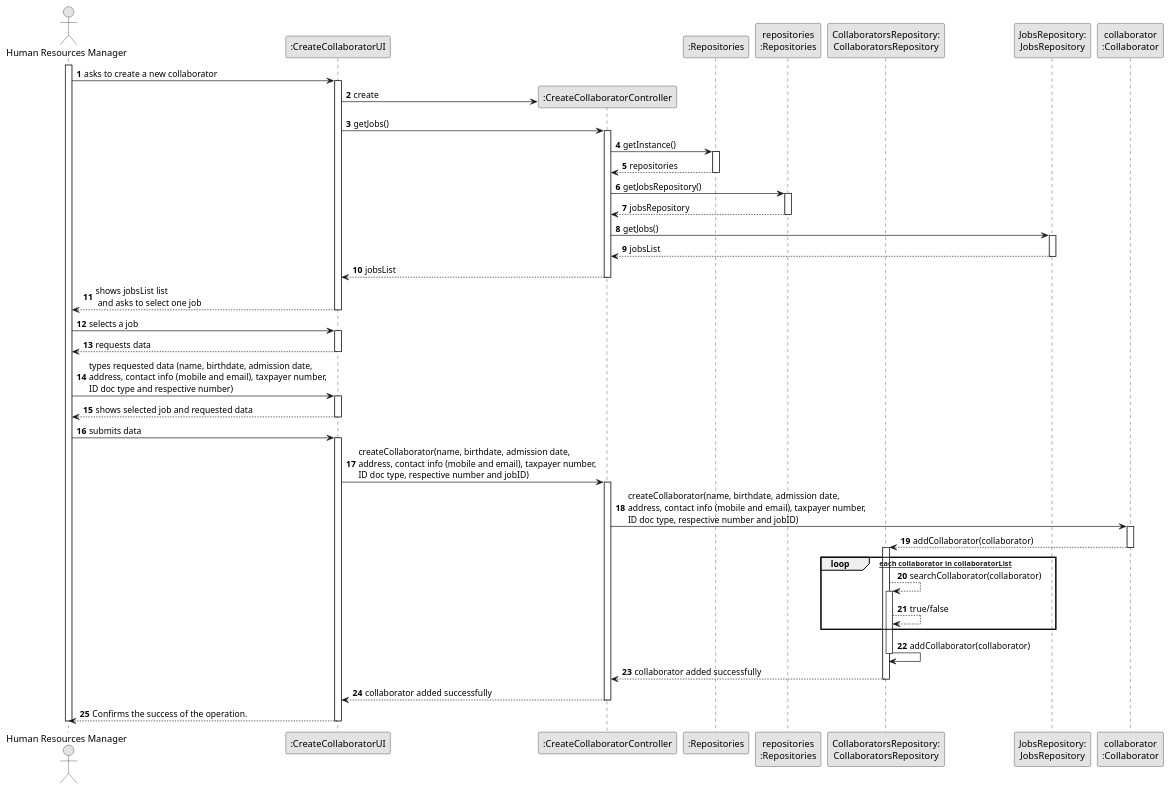
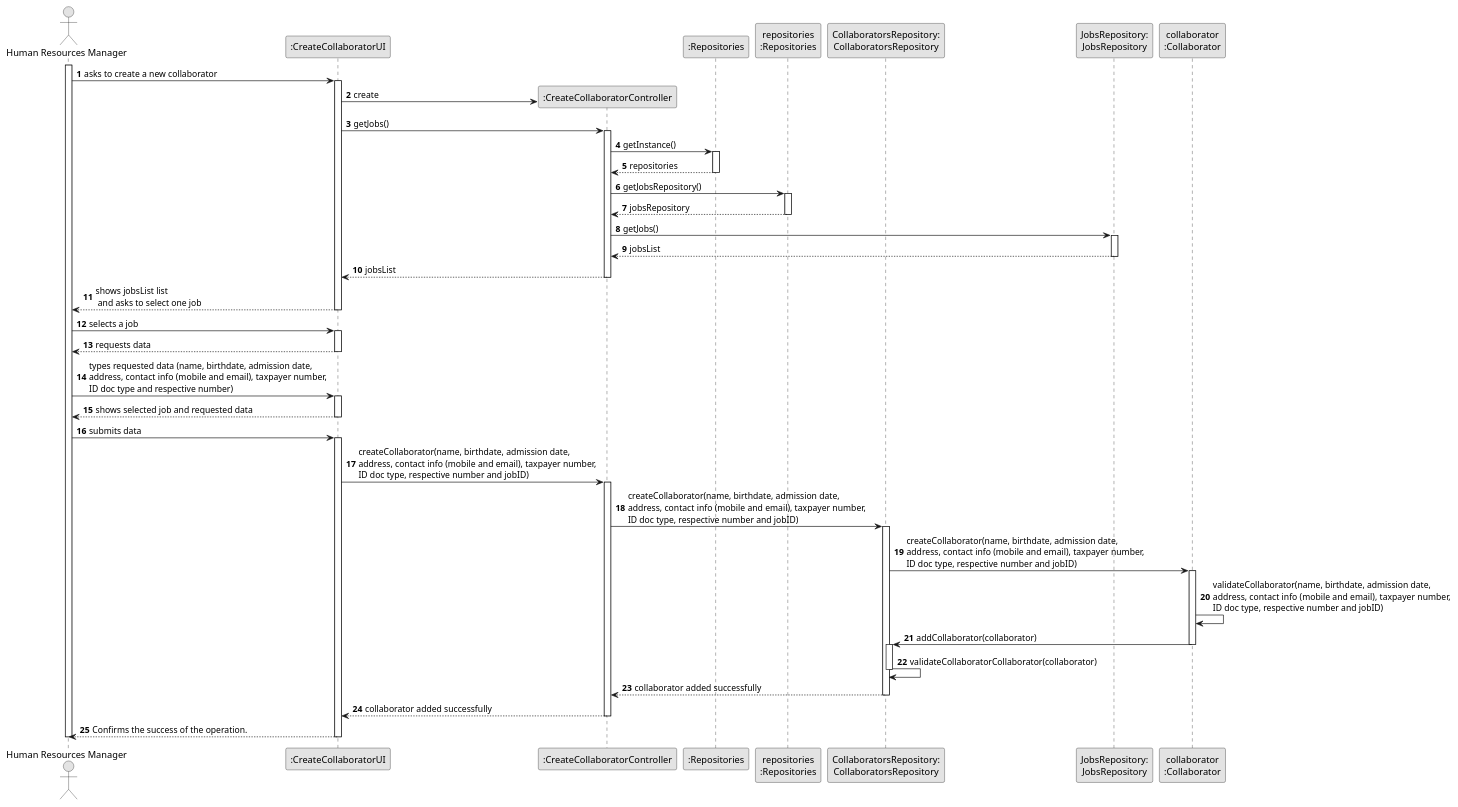
The diagram in docs/sprintB/us003/03.design/puml/us003-sequence-diagram-full.puml (SAEmanuel/Green_Spaces_Management_ISEP), drawn with PlantUML before and after one commit.

Commit message:
US3 Sequence diagram ninth draft

```diff
--- a/docs/sprintB/us003/03.design/puml/us003-sequence-diagram-full.puml
+++ b/docs/sprintB/us003/03.design/puml/us003-sequence-diagram-full.puml
@@ -1,100 +1,103 @@
 @startuml
 skinparam monochrome true
 skinparam packageStyle rectangle
 skinparam shadowing false
 
 autonumber
 
 'hide footbox
 actor "Human Resources Manager" as HRM
 participant ":CreateCollaboratorUI" as UI
 participant ":CreateCollaboratorController" as CTRL
 participant ":Repositories" as RepositorySingleton
 participant "repositories\n:Repositories" as PLAT
 participant "CollaboratorsRepository:\nCollaboratorsRepository" as CollaboratorsRepository
 participant "JobsRepository:\nJobsRepository" as JobsRepository
 participant "collaborator\n:Collaborator" as Collaborator
 
 activate HRM
 
         HRM -> UI : asks to create a new collaborator
 
         activate UI
 
             UI -> CTRL** : create
 
                 UI -> CTRL : getJobs()
                 activate CTRL
 
                 CTRL -> RepositorySingleton : getInstance()
                                 activate RepositorySingleton
 
                                     RepositorySingleton --> CTRL: repositories
                                 deactivate RepositorySingleton
 
                                 CTRL -> PLAT : getJobsRepository()
                                 activate PLAT
 
                                     PLAT --> CTRL: jobsRepository
                                 deactivate PLAT
 
                 CTRL -> JobsRepository : getJobs()
                 activate JobsRepository
 
                     JobsRepository --> CTRL : jobsList
                 deactivate JobsRepository
 
                 CTRL --> UI : jobsList
             deactivate CTRL
 
             UI --> HRM : shows jobsList list\n and asks to select one job
         deactivate UI
 
     HRM -> UI : selects a job
     activate UI
 
         UI --> HRM : requests data
     deactivate UI
 
     HRM -> UI : types requested data (name, birthdate, admission date,\naddress, contact info (mobile and email), taxpayer number,\nID doc type and respective number)
     activate UI
 
         UI --> HRM : shows selected job and requested data
     deactivate UI
 
     HRM -> UI : submits data
     activate UI
 
         UI -> CTRL : createCollaborator(name, birthdate, admission date,\naddress, contact info (mobile and email), taxpayer number,\nID doc type, respective number and jobID)
         activate CTRL
 
-            CTRL -> Collaborator : createCollaborator(name, birthdate, admission date,\naddress, contact info (mobile and email), taxpayer number,\nID doc type, respective number and jobID)
+            CTRL -> CollaboratorsRepository : createCollaborator(name, birthdate, admission date,\naddress, contact info (mobile and email), taxpayer number,\nID doc type, respective number and jobID)
+
+            activate CollaboratorsRepository
+
+            CollaboratorsRepository -> Collaborator : createCollaborator(name, birthdate, admission date,\naddress, contact info (mobile and email), taxpayer number,\nID doc type, respective number and jobID)
             activate Collaborator
 
-            Collaborator --> CollaboratorsRepository : addCollaborator(collaborator)
+                Collaborator -> Collaborator : validateCollaborator(name, birthdate, admission date,\naddress, contact info (mobile and email), taxpayer number,\nID doc type, respective number and jobID)
+
+
+            Collaborator -> CollaboratorsRepository : addCollaborator(collaborator)
             deactivate Collaborator
+
             activate CollaboratorsRepository
 
-            loop [for each collaborator in collaboratorList]
-                CollaboratorsRepository --> CollaboratorsRepository: searchCollaborator(collaborator)
-                activate CollaboratorsRepository
-                    CollaboratorsRepository --> CollaboratorsRepository: true/false
-            end
+            CollaboratorsRepository -> CollaboratorsRepository: validateCollaboratorCollaborator(collaborator)
 
-            CollaboratorsRepository -> CollaboratorsRepository : addCollaborator(collaborator)
-                            deactivate CollaboratorsRepository
+            deactivate CollaboratorsRepository
 
         CollaboratorsRepository --> CTRL : collaborator added successfully
         deactivate CollaboratorsRepository
         deactivate Collaborator
 
         CTRL --> UI: collaborator added successfully
         deactivate CTRL
 
         UI --> HRM: Confirms the success of the operation.
 
     deactivate UI
 
 deactivate HRM
 
 @enduml
```
